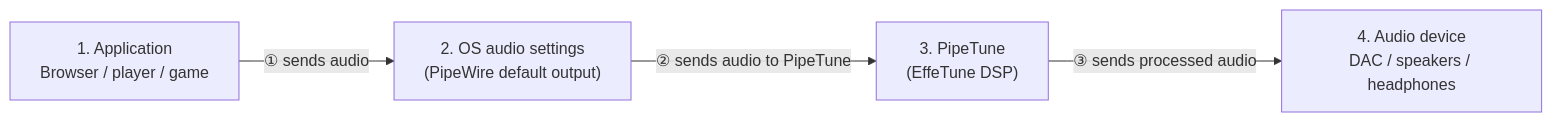
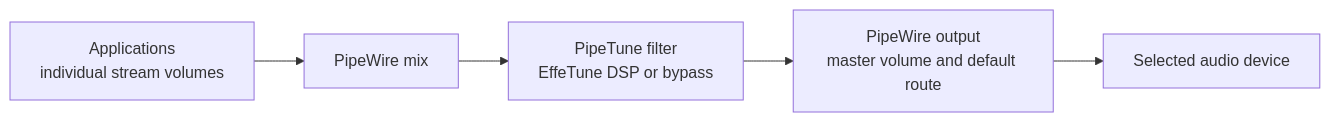
The diagram in README.md (kekyo/pipetune), drawn with Mermaid before and after one commit. The commit also changed other lines of this file and 6 other files, not shown here.

````diff
--- a/README.md
+++ b/README.md
@@ -128,11 +134,13 @@
 ```mermaid
 flowchart LR
-    app["1. Application<br/>Browser / player / game"]
-    os["2. OS audio settings<br/>(PipeWire default output)"]
-    tune["3. PipeTune<br/>(EffeTune DSP)"]
-    device["4. Audio device<br/>DAC / speakers / headphones"]
+    apps["Applications<br/>individual stream volumes"]
+    mix["PipeWire mix"]
+    tune["PipeTune filter<br/>EffeTune DSP or bypass"]
+    output["PipeWire output<br/>master volume and default route"]
+    device["Selected audio device"]
 
-    app -->|"① sends audio"| os
-    os -->|"② sends audio to PipeTune"| tune
-    tune -->|"③ sends processed audio"| device
+    apps --> mix
+    mix --> tune
+    tune --> output
+    output --> device
 ```
````
